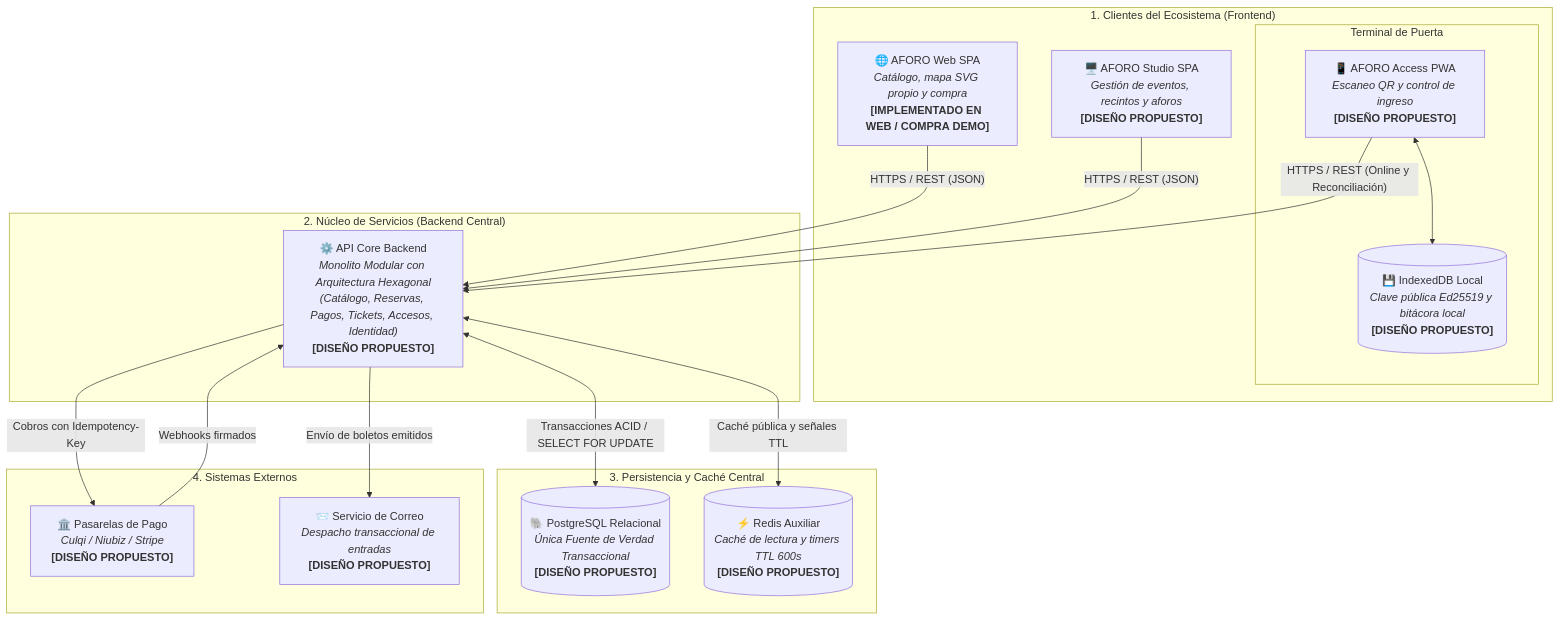
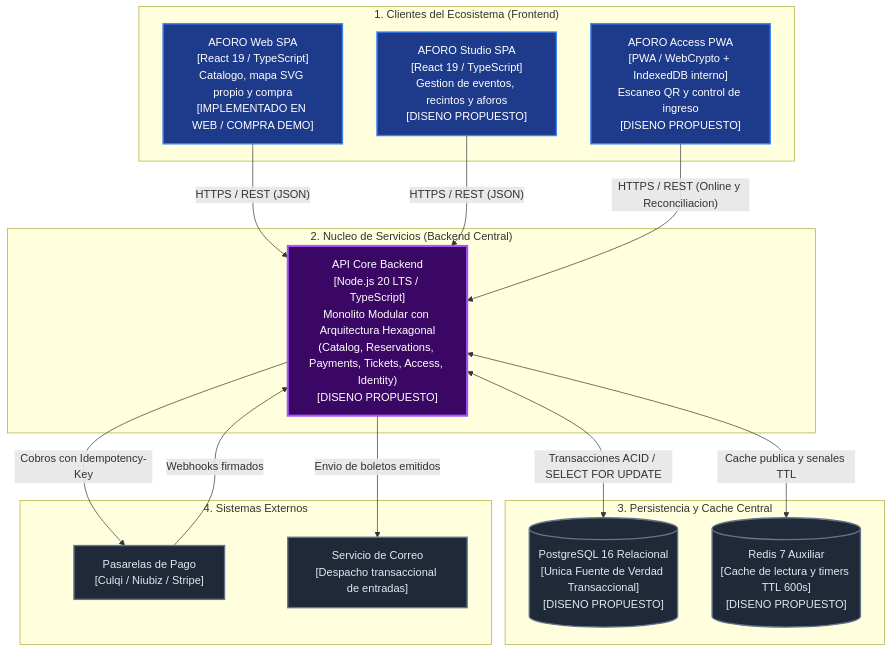
The diagram in docs/02-arquitectura-software/arquitectura-inicial.md (CARDBELL96/AFORO), drawn with Mermaid before and after one commit. The commit also changed other lines of this file and 15 other files, not shown here.

Commit message:
docs: refine hexagonal architecture and redesign C4 diagrams

````diff
--- a/docs/02-arquitectura-software/arquitectura-inicial.md
+++ b/docs/02-arquitectura-software/arquitectura-inicial.md
@@ -37,37 +37,41 @@
 ```mermaid
 flowchart TD
     subgraph CLIENTES["1. Clientes del Ecosistema (Frontend)"]
-        WEB["🌐 AFORO Web SPA<br/><i>Catálogo, mapa SVG propio y compra</i><br/><b>[IMPLEMENTADO EN WEB / COMPRA DEMO]</b>"]
-        STUDIO["🖥️ AFORO Studio SPA<br/><i>Gestión de eventos, recintos y aforos</i><br/><b>[DISEÑO PROPUESTO]</b>"]
-        subgraph ACCESS_BOX["Terminal de Puerta"]
-            ACCESS["📱 AFORO Access PWA<br/><i>Escaneo QR y control de ingreso</i><br/><b>[DISEÑO PROPUESTO]</b>"]
-            IDB[("💾 IndexedDB Local<br/><i>Clave pública Ed25519 y bitácora local</i><br/><b>[DISEÑO PROPUESTO]</b>")]
-            ACCESS <--> IDB
-        end
+        WEB["AFORO Web SPA<br>[React 19 / TypeScript]<br>Catalogo, mapa SVG propio y compra<br>[IMPLEMENTADO EN WEB / COMPRA DEMO]"]
+        STUDIO["AFORO Studio SPA<br>[React 19 / TypeScript]<br>Gestion de eventos, recintos y aforos<br>[DISENO PROPUESTO]"]
+        ACCESS["AFORO Access PWA<br>[PWA / WebCrypto + IndexedDB interno]<br>Escaneo QR y control de ingreso<br>[DISENO PROPUESTO]"]
     end
 
-    subgraph NUCLEO["2. Núcleo de Servicios (Backend Central)"]
-        API["⚙️ API Core Backend<br/><i>Monolito Modular con Arquitectura Hexagonal</i><br/><i>(Catálogo, Reservas, Pagos, Tickets, Accesos, Identidad)</i><br/><b>[DISEÑO PROPUESTO]</b>"]
+    subgraph NUCLEO["2. Nucleo de Servicios (Backend Central)"]
+        API["API Core Backend<br>[Node.js 20 LTS / TypeScript]<br>Monolito Modular con Arquitectura Hexagonal<br>(Catalog, Reservations, Payments, Tickets, Access, Identity)<br>[DISENO PROPUESTO]"]
     end
 
-    subgraph PERSISTENCIA["3. Persistencia y Caché Central"]
-        PG[("🐘 PostgreSQL Relacional<br/><i>Única Fuente de Verdad Transaccional</i><br/><b>[DISEÑO PROPUESTO]</b>")]
-        RD[("⚡ Redis Auxiliar<br/><i>Caché de lectura y timers TTL 600s</i><br/><b>[DISEÑO PROPUESTO]</b>")]
+    subgraph PERSISTENCIA["3. Persistencia y Cache Central"]
+        PG[("PostgreSQL 16 Relacional<br>[Unica Fuente de Verdad Transaccional]<br>[DISENO PROPUESTO]")]
+        RD[("Redis 7 Auxiliar<br>[Cache de lectura y timers TTL 600s]<br>[DISENO PROPUESTO]")]
     end
 
     subgraph EXTERNOS["4. Sistemas Externos"]
-        GW["🏛️ Pasarelas de Pago<br/><i>Culqi / Niubiz / Stripe</i><br/><b>[DISEÑO PROPUESTO]</b>"]
-        MAIL["📨 Servicio de Correo<br/><i>Despacho transaccional de entradas</i><br/><b>[DISEÑO PROPUESTO]</b>"]
+        GW["Pasarelas de Pago<br>[Culqi / Niubiz / Stripe]"]
+        MAIL["Servicio de Correo<br>[Despacho transaccional de entradas]"]
     end
 
     WEB -->|"HTTPS / REST (JSON)"| API
     STUDIO -->|"HTTPS / REST (JSON)"| API
-    ACCESS -->|"HTTPS / REST (Online y Reconciliación)"| API
+    ACCESS -->|"HTTPS / REST (Online y Reconciliacion)"| API
 
     API <-->|"Transacciones ACID / SELECT FOR UPDATE"| PG
-    API <-->|"Caché pública y señales TTL"| RD
+    API <-->|"Cache publica y senales TTL"| RD
 
     API -->|"Cobros con Idempotency-Key"| GW
     GW -->|"Webhooks firmados"| API
-    API -->|"Envío de boletos emitidos"| MAIL
+    API -->|"Envio de boletos emitidos"| MAIL
+
+    classDef client fill:#1e3a8a,stroke:#3b82f6,stroke-width:2px,color:#ffffff;
+    classDef core fill:#3b0764,stroke:#a855f7,stroke-width:3px,color:#ffffff;
+    classDef infra fill:#1f2937,stroke:#64748b,stroke-width:2px,color:#e2e8f0;
+
+    class WEB,STUDIO,ACCESS client;
+    class API core;
+    class PG,RD,GW,MAIL infra;
 ```
````
